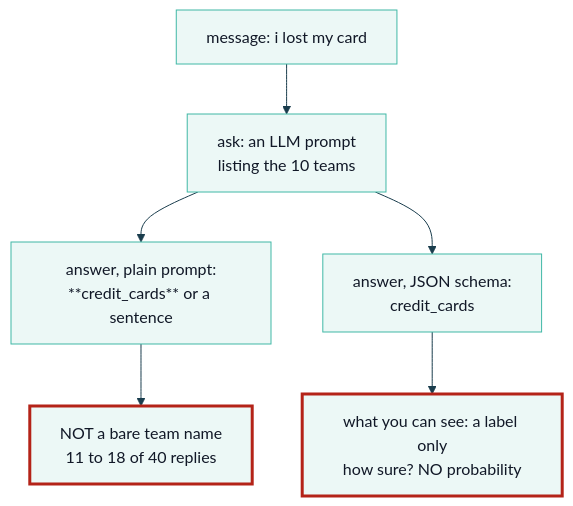
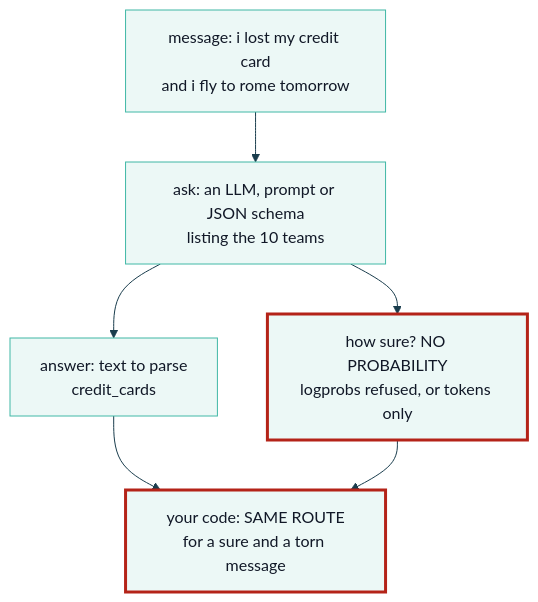
Before and after one commit to axel-sirota/getting_started_jev: the diagram in course/diagrams/module_01/p1-problem-llm-text.mmd, drawn with Mermaid. The commit also changed 13 other files, not shown here.

Commit message:
Module 1: notebooks and diagrams

```diff
--- a/course/diagrams/module_01/p1-problem-llm-text.mmd
+++ b/course/diagrams/module_01/p1-problem-llm-text.mmd
@@ -1,9 +1,9 @@
 %%{init: {"theme": "base", "themeVariables": {"fontFamily": "Inter, sans-serif", "primaryColor": "#ECF8F6", "primaryBorderColor": "#40B8A6", "primaryTextColor": "#111827", "lineColor": "#1A3D4D", "secondaryColor": "#F9FAFB", "tertiaryColor": "#FFFFFF", "clusterBkg": "#F9FAFB", "clusterBorder": "#D1D5DB", "actorBkg": "#ECF8F6", "actorBorder": "#40B8A6", "noteBkgColor": "#FFF6DA", "noteBorderColor": "#E0B84C"}}}%%
 flowchart TD
-  M["message: i lost my card"] --> Q["ask: an LLM prompt<br/>listing the 10 teams"]
-  Q --> A1["answer, plain prompt:<br/>**credit_cards** or a sentence"]
-  Q --> A2["answer, JSON schema:<br/>credit_cards"]
-  A1 --> X["NOT a bare team name<br/>11 to 18 of 40 replies"]
-  A2 --> U["what you can see: a label only<br/>how sure? NO probability"]
-  style X stroke:#B42318,stroke-width:3px
-  style U stroke:#B42318,stroke-width:3px
+  M["message: i lost my credit card<br/>and i fly to rome tomorrow"] --> Q["ask: an LLM, prompt or JSON schema<br/>listing the 10 teams"]
+  Q --> A["answer: text to parse<br/>credit_cards"]
+  Q --> P["how sure? NO PROBABILITY<br/>logprobs refused, or tokens only"]
+  A --> C["your code: SAME ROUTE<br/>for a sure and a torn message"]
+  P --> C
+  style P stroke:#B42318,stroke-width:3px
+  style C stroke:#B42318,stroke-width:3px
```
